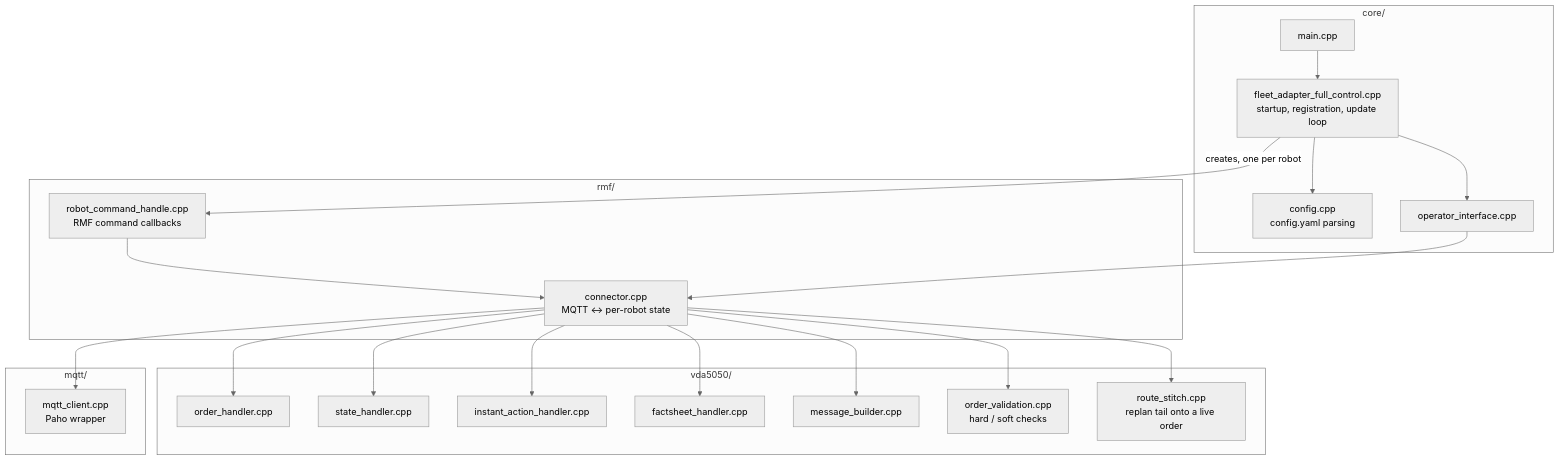
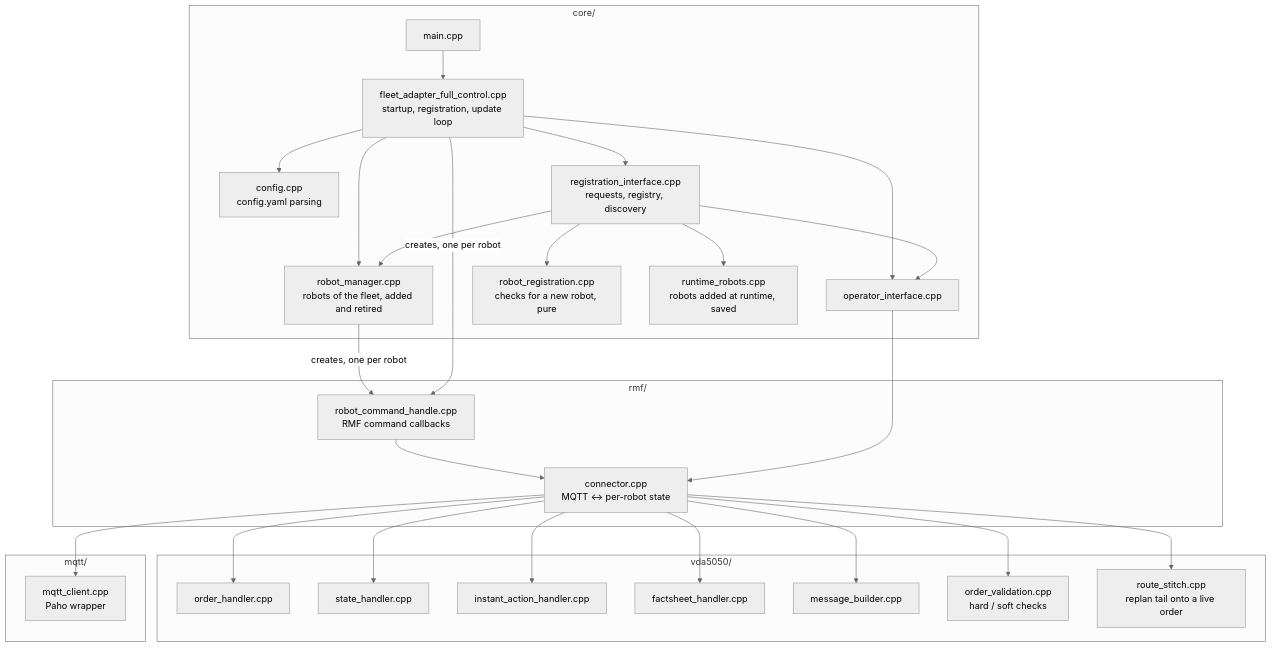
Before and after one commit to NhatTran-97/eiu-vda5050-support-open-rmf: the second of 5 diagrams in vda5050_fleet_adapter_full_control/docs/architecture.md, drawn with Mermaid (neutral theme). The commit also changed other lines of this file and 76 other files, not shown here.

Commit message:
vda5050_fleet_adapter_full_control: runtime registration, metrics, reliability hardening

````diff
--- a/vda5050_fleet_adapter_full_control/docs/architecture.md
+++ b/vda5050_fleet_adapter_full_control/docs/architecture.md
@@ -49,33 +53,39 @@
 ```mermaid
 flowchart TB
     subgraph core ["core/"]
         main["main.cpp"]
         fa["fleet_adapter_full_control.cpp\nstartup, registration, update loop"]
         cfg["config.cpp\nconfig.yaml parsing"]
         opi["operator_interface.cpp"]
+        rm["robot_manager.cpp\nrobots of the fleet, added and retired"]
+        ri["registration_interface.cpp\nrequests, registry, discovery"]
+        rr["robot_registration.cpp\nchecks for a new robot, pure"]
+        rt["runtime_robots.cpp\nrobots added at runtime, saved"]
     end
     subgraph rmf_ ["rmf/"]
         conn["connector.cpp\nMQTT <-> per-robot state"]
         rch["robot_command_handle.cpp\nRMF command callbacks"]
     end
     subgraph vda_ ["vda5050/"]
         oh["order_handler.cpp"]
         sh["state_handler.cpp"]
         iah["instant_action_handler.cpp"]
         fsh["factsheet_handler.cpp"]
         mb["message_builder.cpp"]
         ov["order_validation.cpp\nhard / soft checks"]
         rs["route_stitch.cpp\nreplan tail onto a live order"]
     end
     subgraph mqtt_ ["mqtt/"]
         mc["mqtt_client.cpp\nPaho wrapper"]
     end
 
     main --> fa
-    fa --> cfg & opi
+    fa --> cfg & opi & rm & ri
+    ri --> rm & opi & rr & rt
+    rm -->|creates, one per robot| rch
     fa -->|creates, one per robot| rch
     rch --> conn
     opi --> conn
     conn --> mc
     conn --> oh & sh & iah & fsh & mb & ov & rs
 ```
````
